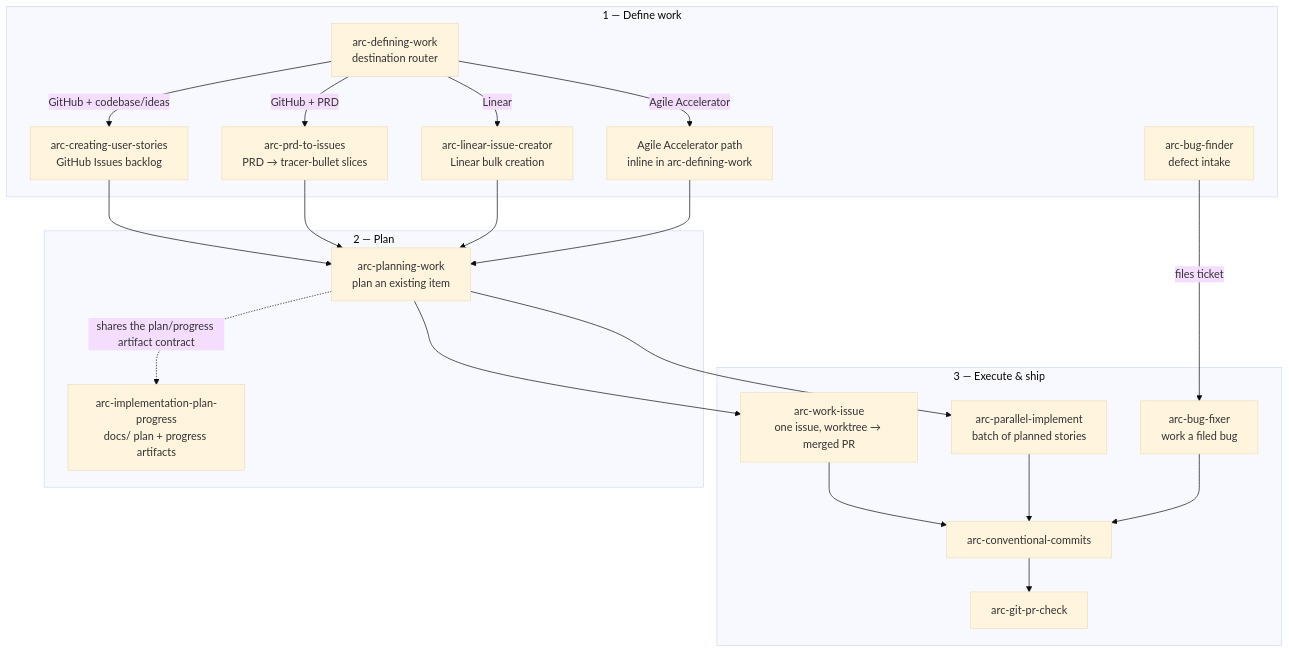
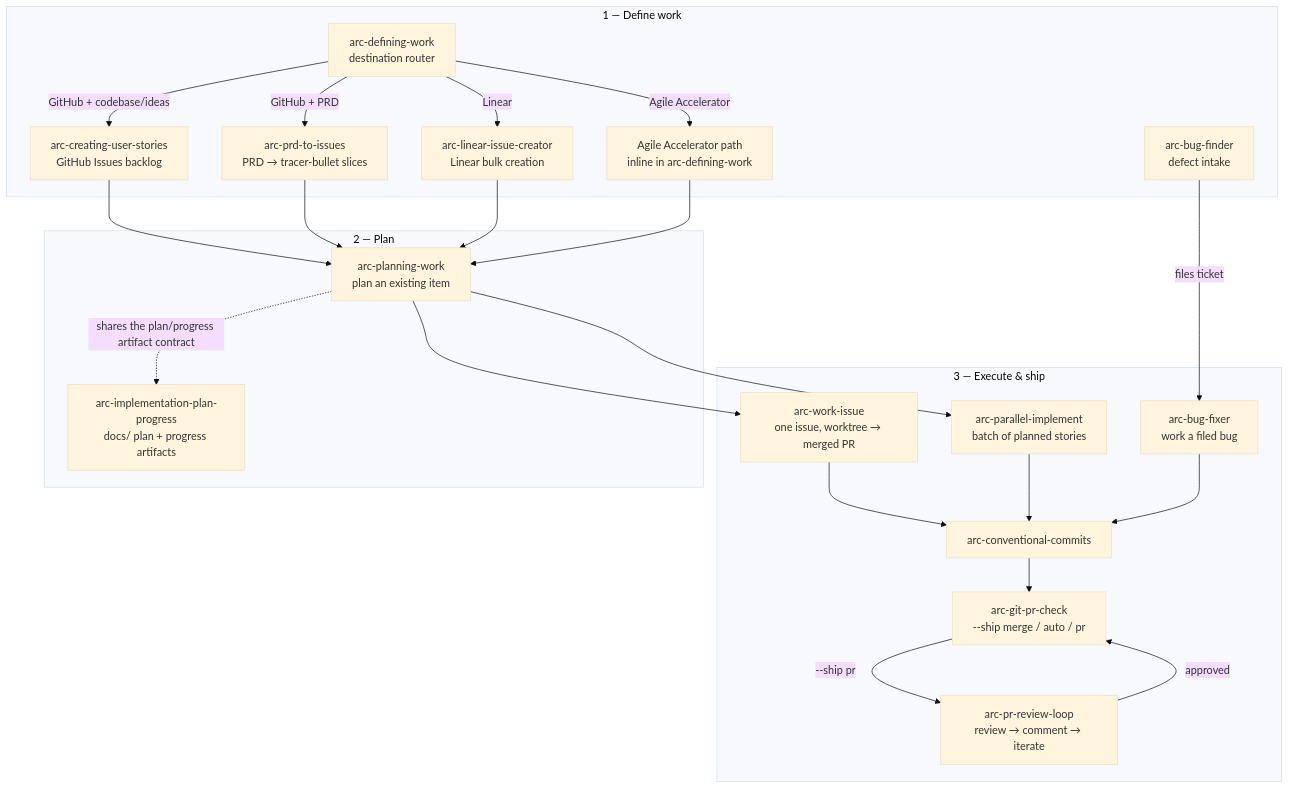
One commit to andysolomon/arc-skills changed the diagram in README.md. Above: the diagram before and after it, drawn with Mermaid (base theme). The commit also changed 5 other files, not shown here.

First line of the commit message:
feat: add --ship modes and arc-pr-review-loop for orchestrated review (#11)

````diff
--- a/README.md
+++ b/README.md
@@ -13,42 +13,45 @@
 ```mermaid
 flowchart TD
     subgraph define [1 — Define work]
         DW[arc-defining-work<br/>destination router]
         CUS[arc-creating-user-stories<br/>GitHub Issues backlog]
         PRD[arc-prd-to-issues<br/>PRD → tracer-bullet slices]
         LIN[arc-linear-issue-creator<br/>Linear bulk creation]
         AA[Agile Accelerator path<br/>inline in arc-defining-work]
         BF[arc-bug-finder<br/>defect intake]
     end
 
     subgraph plan [2 — Plan]
         PW[arc-planning-work<br/>plan an existing item]
         IPP[arc-implementation-plan-progress<br/>docs/ plan + progress artifacts]
     end
 
     subgraph execute [3 — Execute & ship]
         WI[arc-work-issue<br/>one issue, worktree → merged PR]
         PI[arc-parallel-implement<br/>batch of planned stories]
         BX[arc-bug-fixer<br/>work a filed bug]
+        PRL[arc-pr-review-loop<br/>review → comment → iterate]
         CC[arc-conventional-commits]
-        PRC[arc-git-pr-check]
+        PRC[arc-git-pr-check<br/>--ship merge / auto / pr]
     end
 
     DW -->|GitHub + codebase/ideas| CUS
     DW -->|GitHub + PRD| PRD
     DW -->|Linear| LIN
     DW -->|Agile Accelerator| AA
     BF -->|files ticket| BX
 
     CUS --> PW
     PRD --> PW
     LIN --> PW
     AA --> PW
     PW -.->|shares the plan/progress artifact contract| IPP
 
     PW --> WI
     PW --> PI
     WI --> CC --> PRC
     PI --> CC
     BX --> CC
+    PRC -->|--ship pr| PRL
+    PRL -->|approved| PRC
 ```
````
